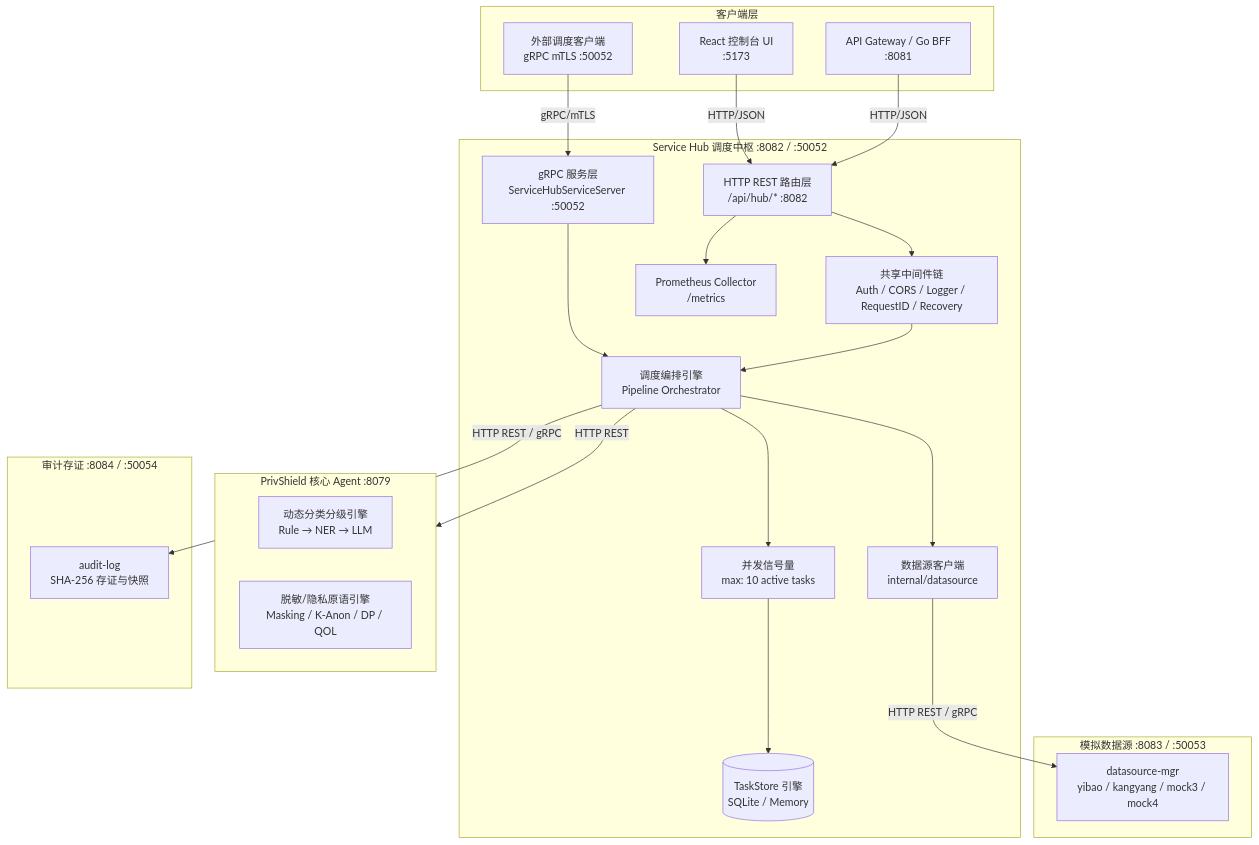
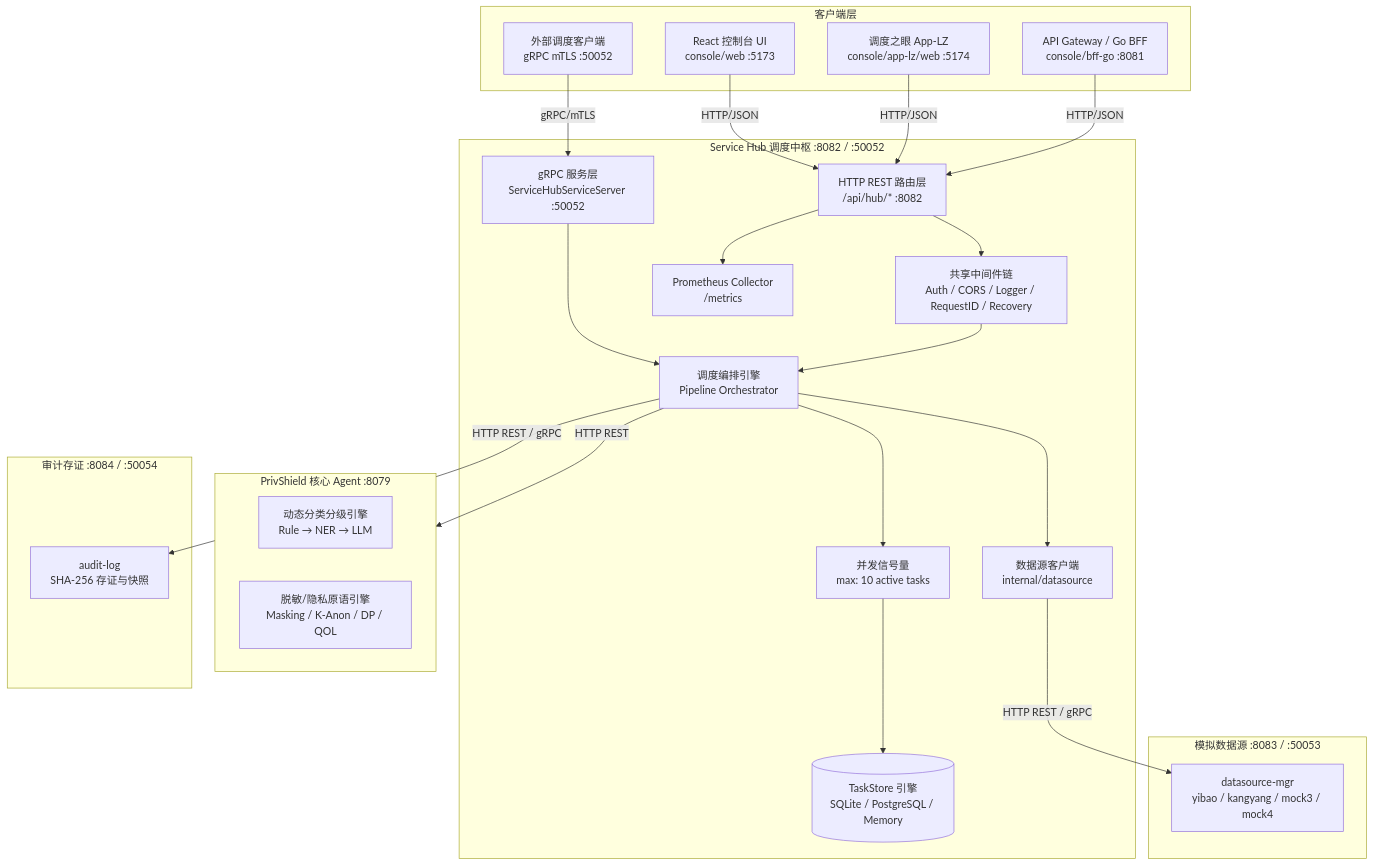
The first of 2 diagrams in services/service-hub/docs/design.md (fengzhizi319/PrivShield), drawn with Mermaid before and after one commit. The commit also changed other lines of this file and 26 other files, not shown here.

````diff
--- a/services/service-hub/docs/design.md
+++ b/services/service-hub/docs/design.md
@@ -27,49 +27,51 @@
 ```mermaid
 graph TD
     subgraph Clients [客户端层]
-        Web[React 控制台 UI<br/>:5173]
-        Gateway[API Gateway / Go BFF<br/>:8081]
+        Web[React 控制台 UI<br/>console/web :5173]
+        AppLZ[调度之眼 App-LZ<br/>console/app-lz/web :5174]
+        Gateway[API Gateway / Go BFF<br/>console/bff-go :8081]
         ExtRPC[外部调度客户端<br/>gRPC mTLS :50052]
     end
 
     subgraph ServiceHub [Service Hub 调度中枢 :8082 / :50052]
         HTTPHandler[HTTP REST 路由层<br/>/api/hub/* :8082]
         GRPCHandler[gRPC 服务层<br/>ServiceHubServiceServer :50052]
         MiddlewareStack[共享中间件链<br/>Auth / CORS / Logger / RequestID / Recovery]
         MetricsCol[Prometheus Collector<br/>/metrics]
         
         Orchestrator[调度编排引擎<br/>Pipeline Orchestrator]
         Semaphore[并发信号量<br/>max: 10 active tasks]
-        TaskStore[(TaskStore 引擎<br/>SQLite / Memory)]
+        TaskStore[(TaskStore 引擎<br/>SQLite / PostgreSQL / Memory)]
         DatasourceClient[数据源客户端<br/>internal/datasource]
     end
 
     subgraph MockDatasource [模拟数据源 :8083 / :50053]
         DSMgr[datasource-mgr<br/>yibao / kangyang / mock3 / mock4]
     end
 
     subgraph UpstreamAgent [PrivShield 核心 Agent :8079]
         DynClassify[动态分类分级引擎<br/>Rule → NER → LLM]
         MaskEngine[脱敏/隐私原语引擎<br/>Masking / K-Anon / DP / QOL]
     end
 
     subgraph AuditLogService [审计存证 :8084 / :50054]
         AuditLog[audit-log<br/>SHA-256 存证与快照]
     end
 
     Web -->|HTTP/JSON| HTTPHandler
+    AppLZ -->|HTTP/JSON| HTTPHandler
     Gateway -->|HTTP/JSON| HTTPHandler
     ExtRPC -->|gRPC/mTLS| GRPCHandler
 
     HTTPHandler --> MiddlewareStack
     GRPCHandler --> Orchestrator
     MiddlewareStack --> Orchestrator
 
     Orchestrator --> Semaphore
     Semaphore --> TaskStore
     Orchestrator --> DatasourceClient
     DatasourceClient -->|HTTP REST / gRPC| DSMgr
     Orchestrator -->|HTTP REST| UpstreamAgent
     Orchestrator -->|HTTP REST / gRPC| AuditLog
     HTTPHandler --> MetricsCol
 ```
````
